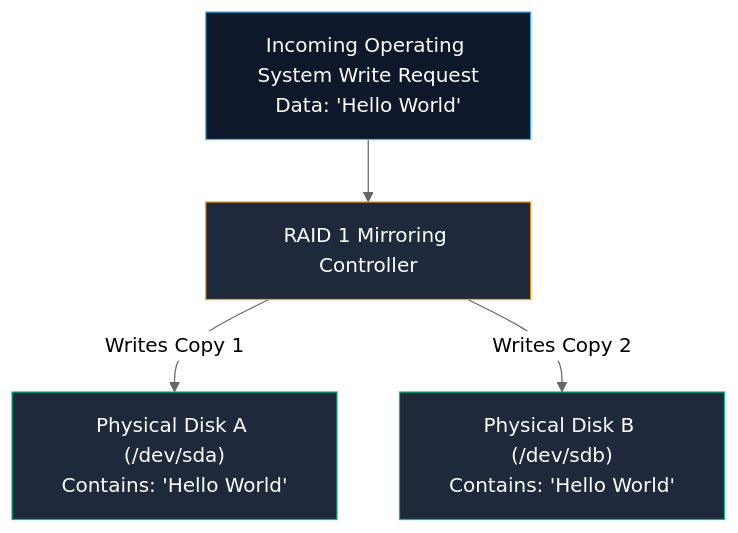
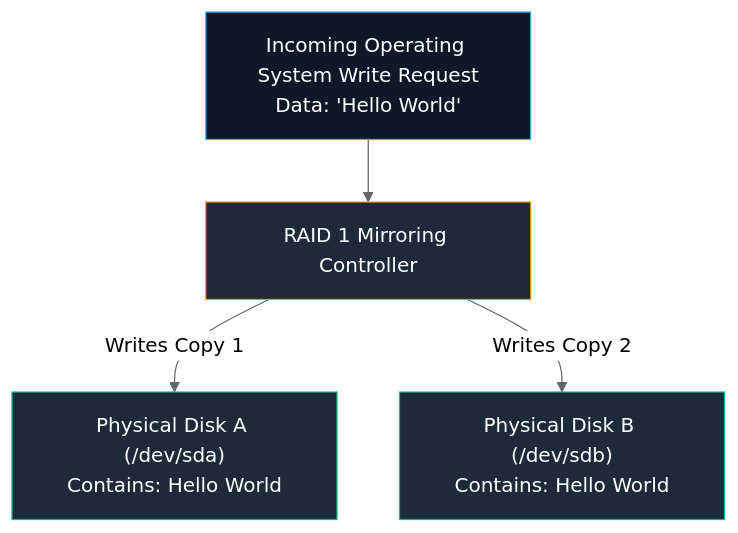
The first of 3 diagrams in System-and-Network-Administrator/05-Disk-Management/02-RAID-and-LVM.md (Kashif-Mashi/Blue-Team-Handbook), drawn with Mermaid (neutral theme) before and after one commit. The commit also changed 13 other files, not shown here.

Commit message:
Verification & Fixes: Mermaid Diagrams Across the Repository

````diff
--- a/System-and-Network-Administrator/05-Disk-Management/02-RAID-and-LVM.md
+++ b/System-and-Network-Administrator/05-Disk-Management/02-RAID-and-LVM.md
@@ -78,11 +78,11 @@
 ```mermaid
 flowchart TD
     WRITE["Incoming Operating System Write Request<br/>Data: 'Hello World'"] --> CONTROLLER["RAID 1 Mirroring Controller"]
-    CONTROLLER -->|Writes Copy 1| DISK_A["Physical Disk A (/dev/sda)<br/>Contains: 'Hello World'"]
-    CONTROLLER -->|Writes Copy 2| DISK_B["Physical Disk B (/dev/sdb)<br/>Contains: 'Hello World'"]
+    CONTROLLER -->|"Writes Copy 1"| DISK_A["Physical Disk A (/dev/sda)<br/>Contains: Hello World"]
+    CONTROLLER -->|"Writes Copy 2"| DISK_B["Physical Disk B (/dev/sdb)<br/>Contains: Hello World"]
 
     style WRITE fill:#0f172a,stroke:#38bdf8,color:#fff
     style CONTROLLER fill:#1e293b,stroke:#f59e0b,color:#fff
     style DISK_A fill:#1e293b,stroke:#10b981,color:#fff
     style DISK_B fill:#1e293b,stroke:#10b981,color:#fff
 ```
````
